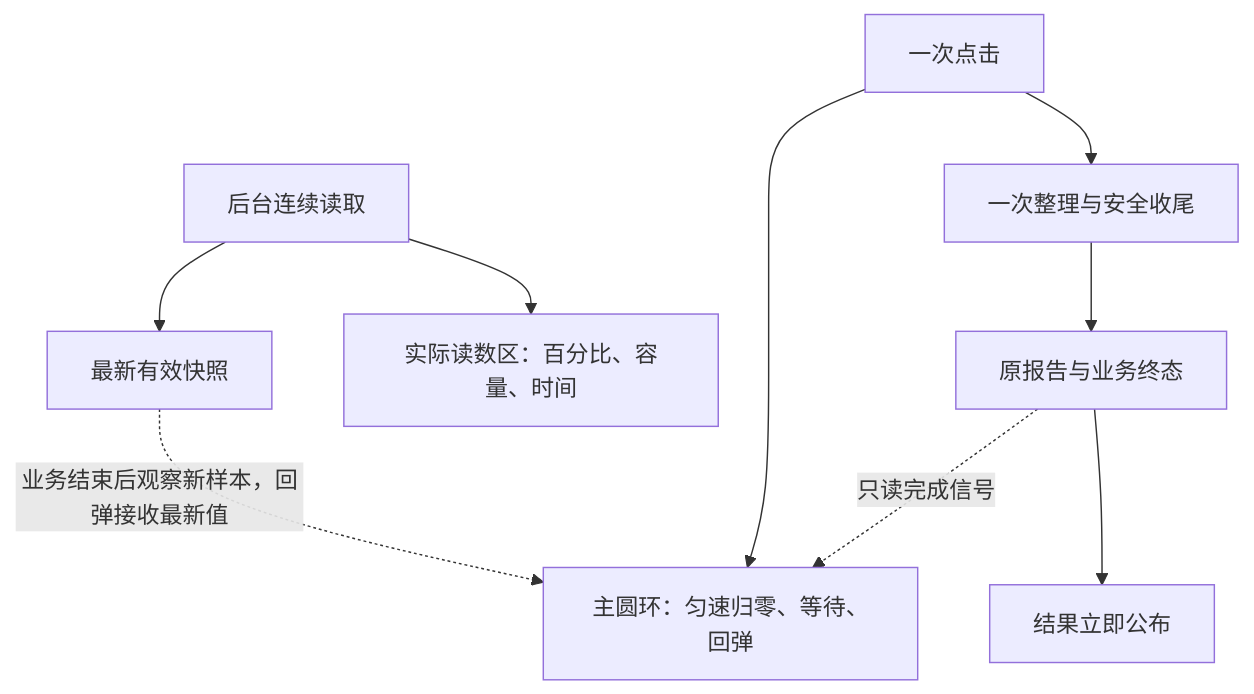
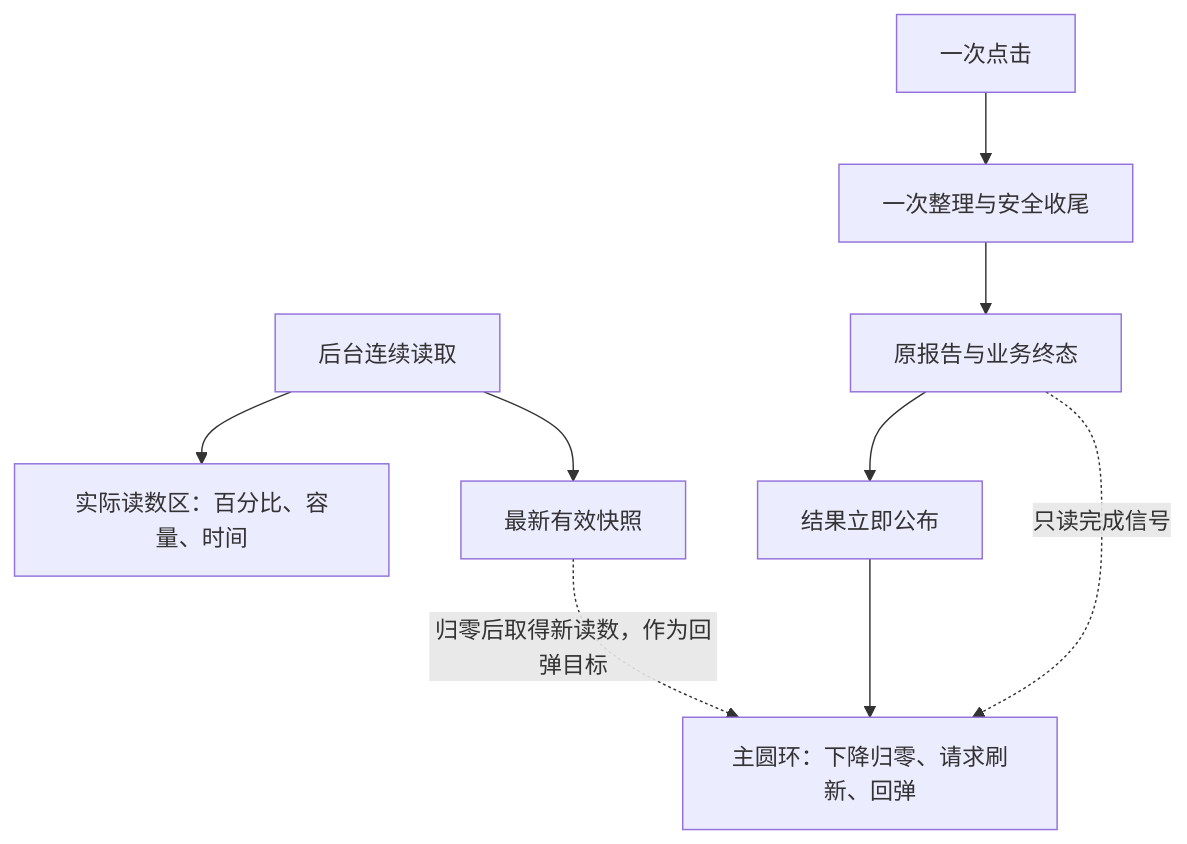
One commit to DreamSoul-AI/cpu-memory-cleanup changed diagram 11 of 16 in docs/架构设计 Architecture Design CPU 内存清理.md. Above: the diagram before and after it, drawn with Mermaid. The commit also changed other lines of this file and 12 other files, not shown here.

````diff
--- a/docs/架构设计 Architecture Design CPU 内存清理.md
+++ b/docs/架构设计 Architecture Design CPU 内存清理.md
@@ -492,11 +492,11 @@
 ```mermaid
 flowchart TB
     OBS["后台连续读取"] --> ACTUAL["实际读数区：百分比、容量、时间"]
     OBS --> CACHE["最新有效快照"]
     USER["一次点击"] --> JOB["一次整理与安全收尾"]
-    USER --> VISUAL["主圆环：匀速归零、等待、回弹"]
+    RESULT --> VISUAL["主圆环：下降归零、请求刷新、回弹"]
     JOB --> REPORT["原报告与业务终态"]
     REPORT --> RESULT["结果立即公布"]
     REPORT -."只读完成信号".-> VISUAL
-    CACHE -."业务结束后观察新样本，回弹接收最新值".-> VISUAL
+    CACHE -."归零后取得新读数，作为回弹目标".-> VISUAL
 ```
````
